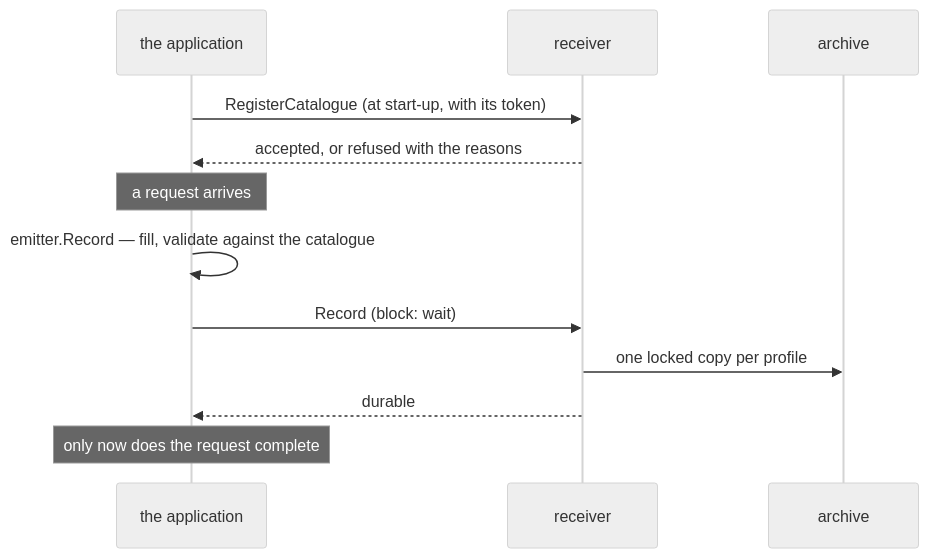
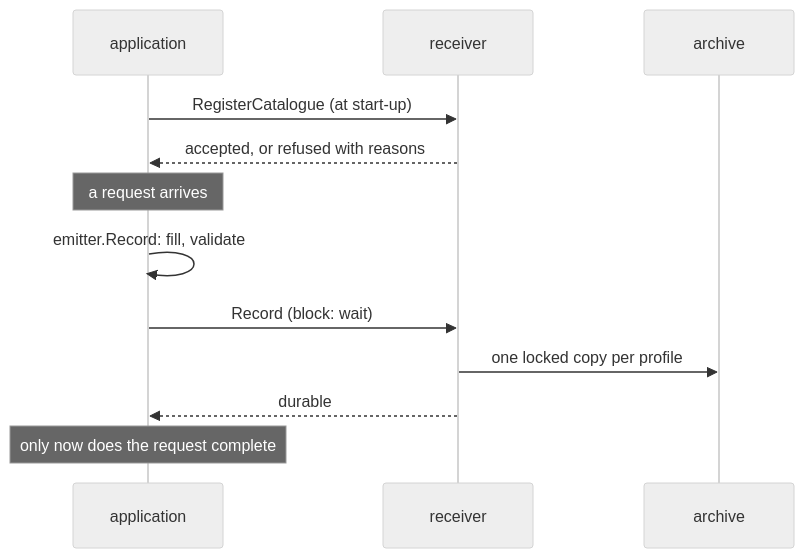
One commit to truvity/sluis changed the diagram in docs/audit/how-to/emit-records.md. Above: the diagram before and after it, drawn with Mermaid (neutral theme). The commit also changed 39 other files, not shown here.

First line of the commit message:
docs: links, one checker, diagrams at natural size, and the loose ends of the other passes

````diff
--- a/docs/audit/how-to/emit-records.md
+++ b/docs/audit/how-to/emit-records.md
@@ -36,14 +36,14 @@
 ```mermaid
 sequenceDiagram
-  participant App as the application
+  participant App as application
   participant R as receiver
   participant S3 as archive
-  App->>R: RegisterCatalogue (at start-up, with its token)
-  R-->>App: accepted, or refused with the reasons
+  App->>R: RegisterCatalogue (at start-up)
+  R-->>App: accepted, or refused with reasons
   Note over App: a request arrives
-  App->>App: emitter.Record — fill, validate against the catalogue
+  App->>App: emitter.Record: fill, validate
   App->>R: Record (block: wait)
   R->>S3: one locked copy per profile
   R-->>App: durable
   Note over App: only now does the request complete
 ```
````
